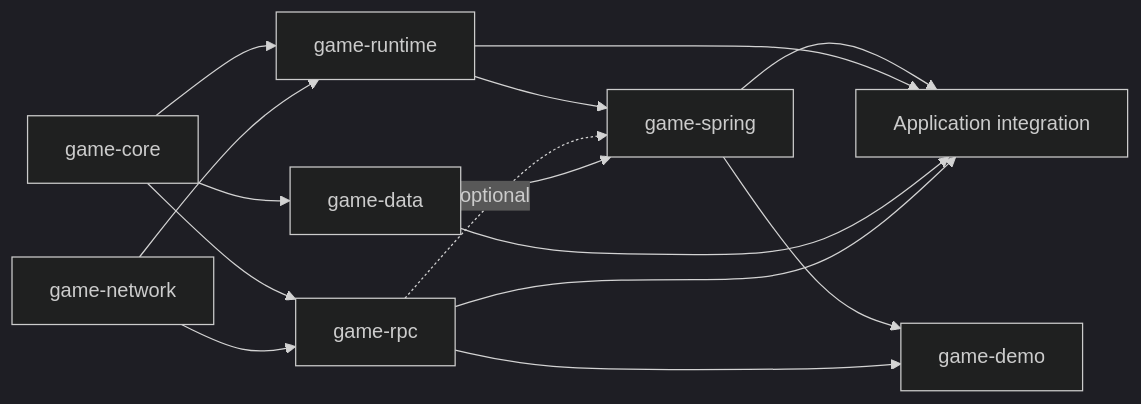
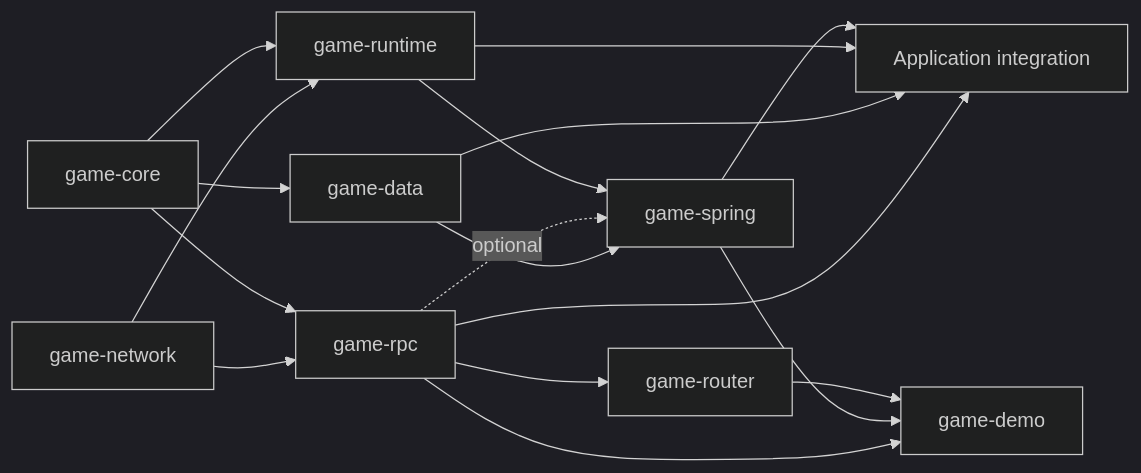
Before and after one commit to huaye2007/mana: the diagram in docs/ogbs/README.md, drawn with Mermaid (dark theme). The commit also changed other lines of this file and 62 other files, not shown here.

First line of the commit message:
feat: implement game-router on shared RPC nodes

````diff
--- a/docs/ogbs/README.md
+++ b/docs/ogbs/README.md
@@ -91,17 +92,19 @@
 ```mermaid
 flowchart LR
     C[game-core] --> RT[game-runtime]
     C --> D[game-data]
     C --> R[game-rpc]
     N[game-network] --> R
+    R --> GR[game-router]
+    GR --> E
     N --> RT
     RT --> S[game-spring]
     R -. optional .-> S
     D --> S
     S --> A
     S --> E[game-demo]
     R --> E
     RT --> A[Application integration]
     D --> A
     R --> A
 ```
````
